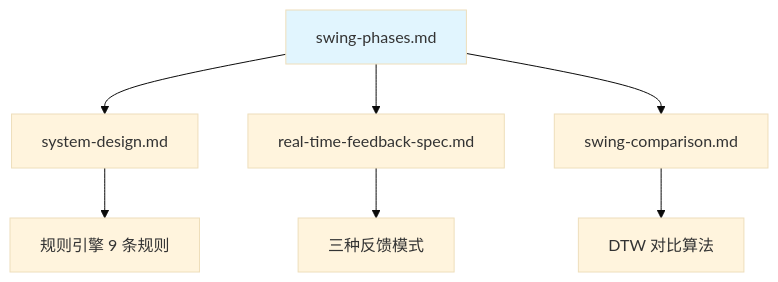
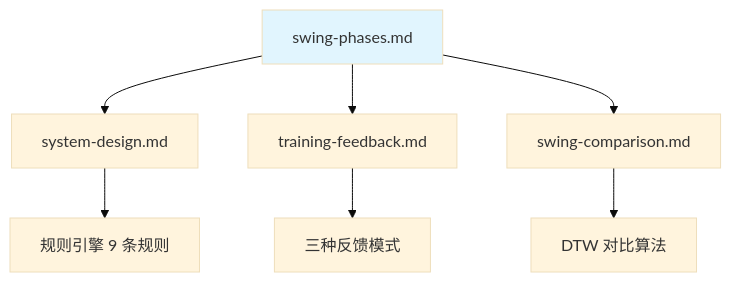
Before and after one commit to movement-chain-ai/movement-chain-docs: the diagram in docs/zh/design/specs/swing-phases.md, drawn with Mermaid (base theme). The commit also changed other lines of this file and 13 other files, not shown here.

First line of the commit message:
refactor: rename real-time-feedback.md to training-feedback.md

````diff
--- a/docs/zh/design/specs/swing-phases.md
+++ b/docs/zh/design/specs/swing-phases.md
@@ -435,12 +435,12 @@
 ```mermaid
 graph TD
     A[swing-phases.md] --> B[system-design.md]
-    A --> C[real-time-feedback-spec.md]
+    A --> C[training-feedback.md]
     A --> D[swing-comparison.md]
 
     B --> E[规则引擎 9 条规则]
     C --> F[三种反馈模式]
     D --> G[DTW 对比算法]
 
     style A fill:#e1f5fe
 ```
````
